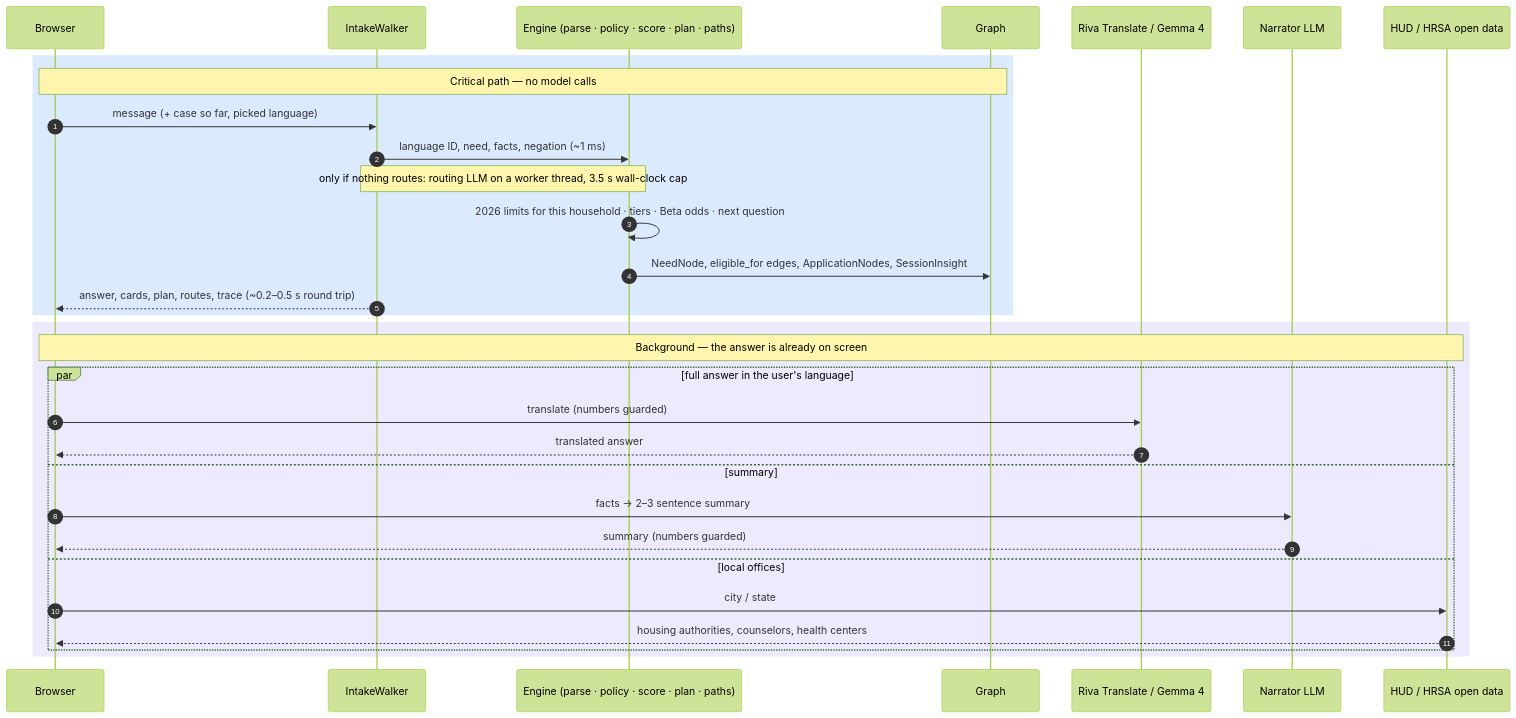
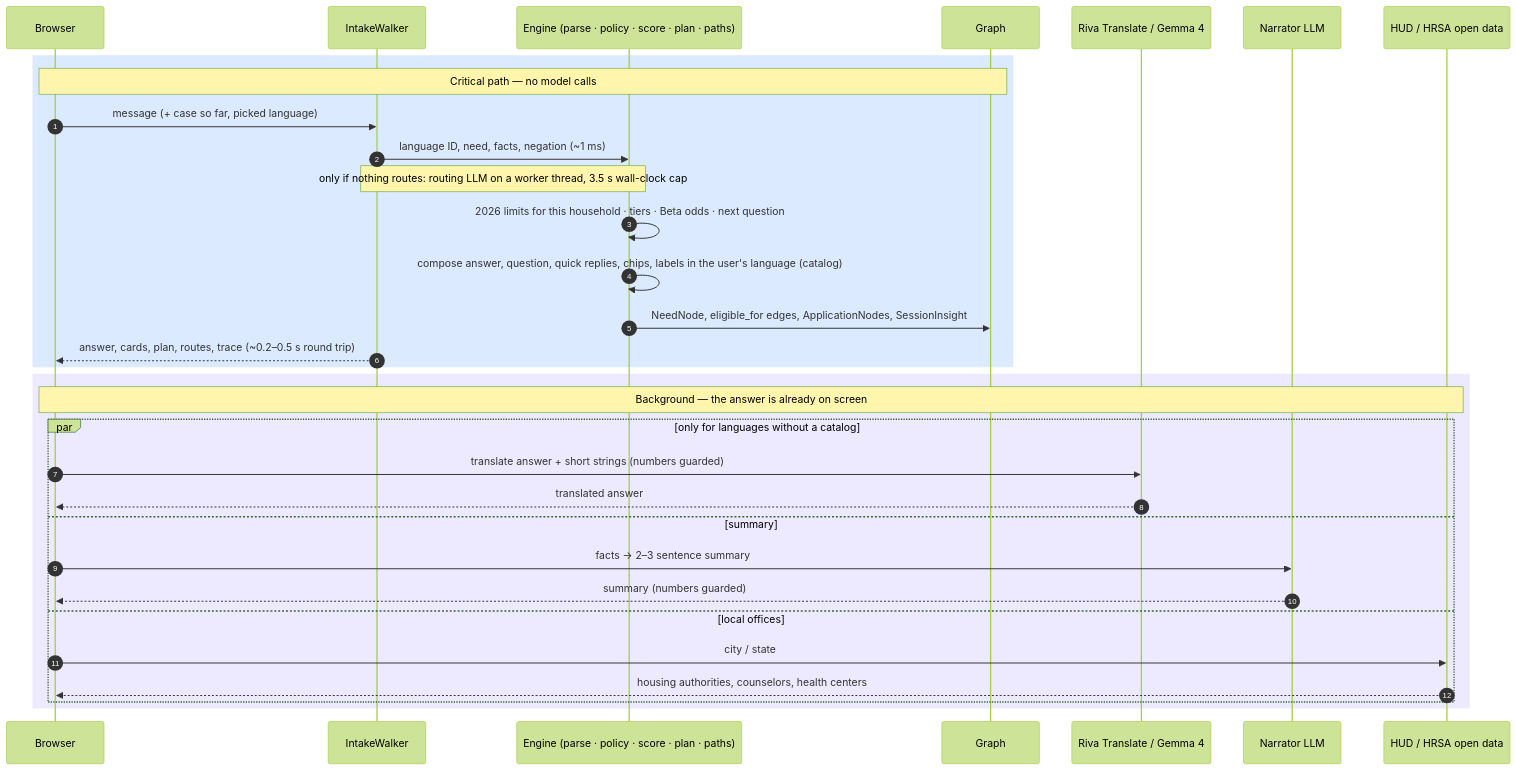
One commit to Anbu-00001/CivicMesh changed the second of 9 diagrams in README.md. Above: the diagram before and after it, drawn with Mermaid (forest theme). The commit also changed other lines of this file and 73 other files, not shown here.

````diff
--- a/README.md
+++ b/README.md
@@ -125,35 +127,36 @@
 ```mermaid
 sequenceDiagram
     autonumber
     participant B as Browser
     participant I as IntakeWalker
     participant E as Engine (parse · policy · score · plan · paths)
     participant G as Graph
     participant T as Riva Translate / Gemma 4
     participant L as Narrator LLM
     participant O as HUD / HRSA open data
 
     rect rgb(219, 234, 254)
     Note over B,G: Critical path — no model calls
     B->>I: message (+ case so far, picked language)
     I->>E: language ID, need, facts, negation (~1 ms)
     Note over I,E: only if nothing routes: routing LLM on a worker thread, 3.5 s wall-clock cap
     E->>E: 2026 limits for this household · tiers · Beta odds · next question
+    E->>E: compose answer, question, quick replies, chips, labels in the user's language (catalog)
     E->>G: NeedNode, eligible_for edges, ApplicationNodes, SessionInsight
     I-->>B: answer, cards, plan, routes, trace (~0.2–0.5 s round trip)
     end
 
     rect rgb(237, 233, 254)
     Note over B,O: Background — the answer is already on screen
-    par full answer in the user's language
-        B->>T: translate (numbers guarded)
+    par only for languages without a catalog
+        B->>T: translate answer + short strings (numbers guarded)
         T-->>B: translated answer
     and summary
         B->>L: facts → 2–3 sentence summary
         L-->>B: summary (numbers guarded)
     and local offices
         B->>O: city / state
         O-->>B: housing authorities, counselors, health centers
     end
     end
 ```
````
